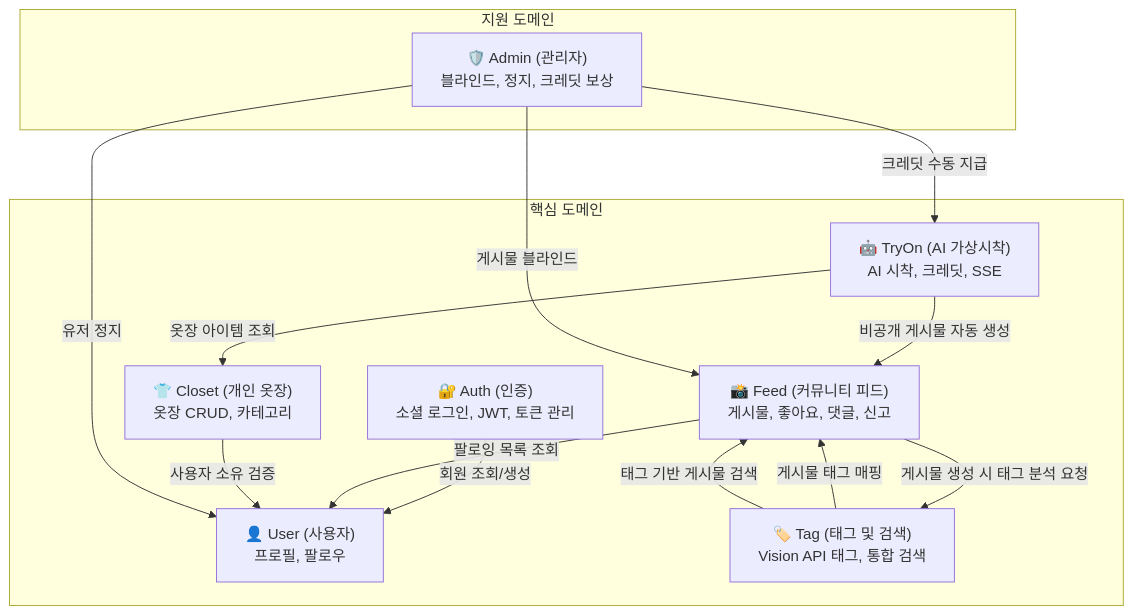
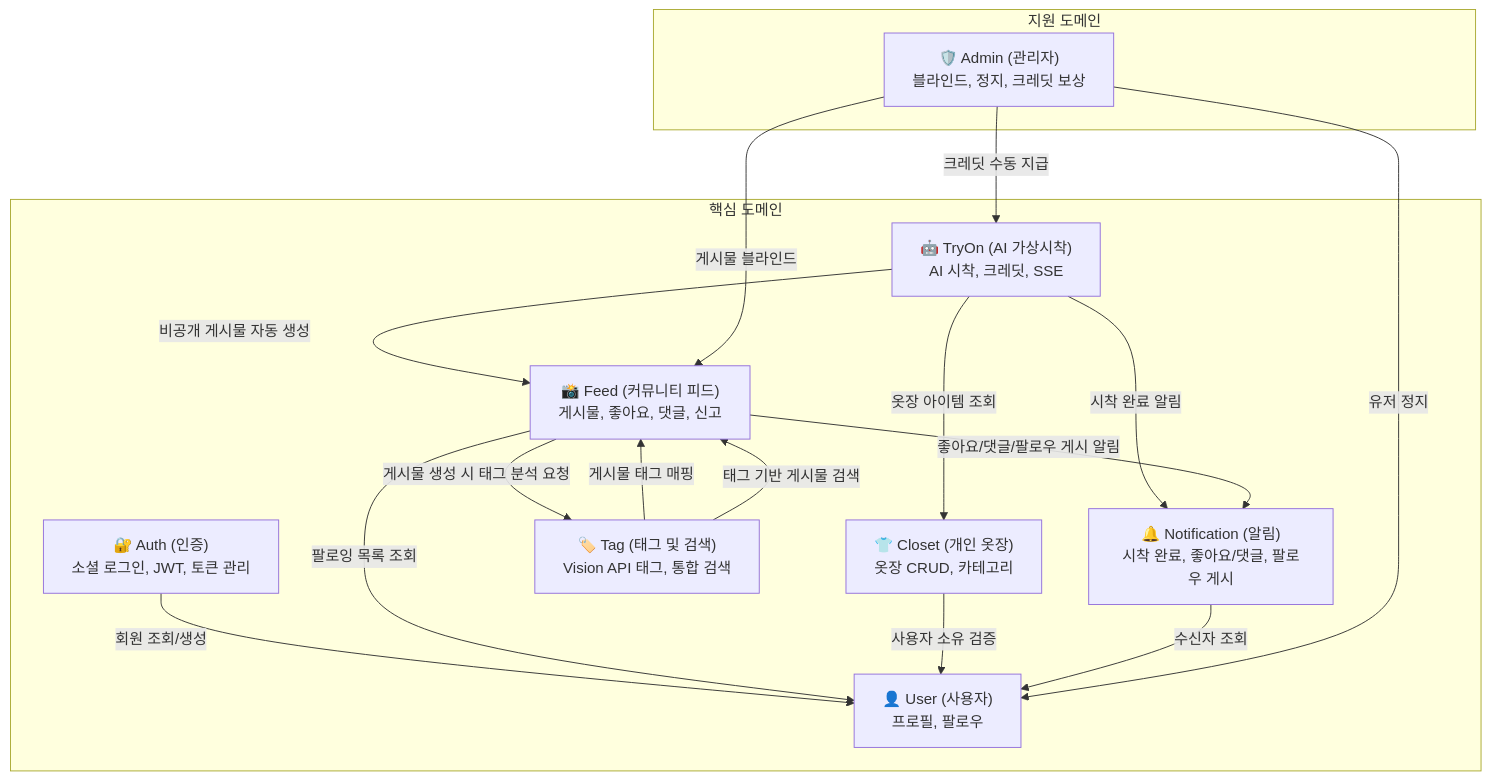
The diagram in docs/simul-backend-architecture.md (newlecture-ibm2/team2-simul), drawn with Mermaid before and after one commit. The commit also changed other lines of this file and 5 other files, not shown here.

````diff
--- a/docs/simul-backend-architecture.md
+++ b/docs/simul-backend-architecture.md
@@ -52,27 +52,31 @@
 ```mermaid
 graph TD
     subgraph Core["핵심 도메인"]
         AUTH["🔐 Auth (인증)<br/>소셜 로그인, JWT, 토큰 관리"]
         USER["👤 User (사용자)<br/>프로필, 팔로우"]
         CLOSET["👕 Closet (개인 옷장)<br/>옷장 CRUD, 카테고리"]
         TRYON["🤖 TryOn (AI 가상시착)<br/>AI 시착, 크레딧, SSE"]
         FEED["📸 Feed (커뮤니티 피드)<br/>게시물, 좋아요, 댓글, 신고"]
         TAG["🏷️ Tag (태그 및 검색)<br/>Vision API 태그, 통합 검색"]
+        NOTI["🔔 Notification (알림)<br/>시착 완료, 좋아요/댓글, 팔로우 게시"]
     end
 
     subgraph Support["지원 도메인"]
         ADMIN["🛡️ Admin (관리자)<br/>블라인드, 정지, 크레딧 보상"]
     end
 
     AUTH -->|회원 조회/생성| USER
     TRYON -->|옷장 아이템 조회| CLOSET
     TRYON -->|비공개 게시물 자동 생성| FEED
     FEED -->|팔로잉 목록 조회| USER
     CLOSET -->|사용자 소유 검증| USER
     TAG -->|게시물 태그 매핑| FEED
     TAG -->|태그 기반 게시물 검색| FEED
     FEED -->|게시물 생성 시 태그 분석 요청| TAG
+    TRYON -->|시착 완료 알림| NOTI
+    FEED -->|좋아요/댓글/팔로우 게시 알림| NOTI
+    NOTI -->|수신자 조회| USER
     ADMIN -->|게시물 블라인드| FEED
     ADMIN -->|유저 정지| USER
     ADMIN -->|크레딧 수동 지급| TRYON
 ```
````
